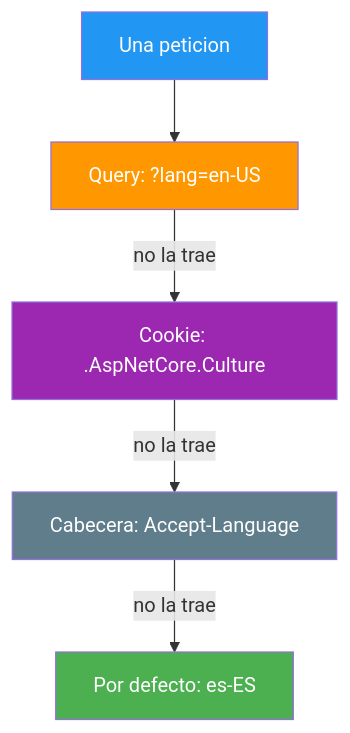
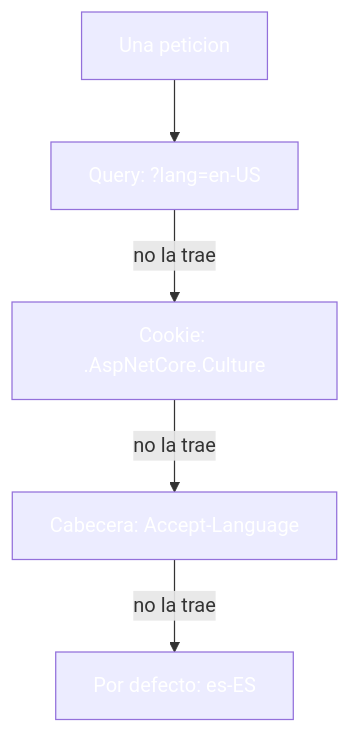
Before and after one commit to joseluisgs/DesarrolloWebEntornosServidor-03-2026-2027: the third of 5 diagrams in 22-i18n-localizacion.md, drawn with Mermaid. The commit also changed other lines of this file and 30 other files, not shown here.

````diff
--- a/22-i18n-localizacion.md
+++ b/22-i18n-localizacion.md
@@ -170,12 +170,12 @@
 ```mermaid
 graph TD
     P["Una peticion"] --> Q["Query: ?lang=en-US"]
     Q -->|no la trae| C["Cookie: .AspNetCore.Culture"]
     C -->|no la trae| A["Cabecera: Accept-Language"]
     A -->|no la trae| D["Por defecto: es-ES"]
-    style P fill:#2196F3,color:#fff
-    style Q fill:#FF9800,color:#fff
-    style C fill:#9C27B0,color:#fff
-    style A fill:#607D8B,color:#fff
-    style D fill:#4CAF50,color:#fff
+    style P fill:#2196F,color:#fff3,color:#fff
+    style Q fill:#FF980,color:#fff0,color:#fff
+    style C fill:#9C27B,color:#fff0,color:#fff
+    style A fill:#607D8,color:#fffB,color:#fff
+    style D fill:#4CAF5,color:#fff0,color:#fff
 ```
````
